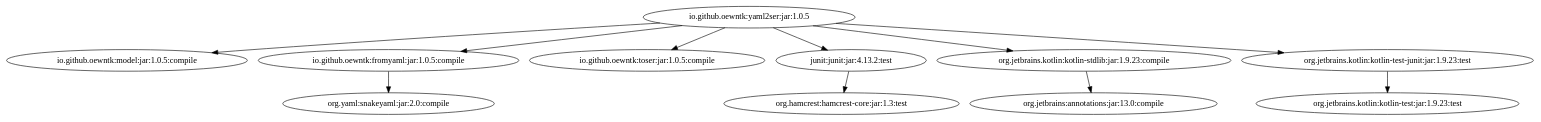
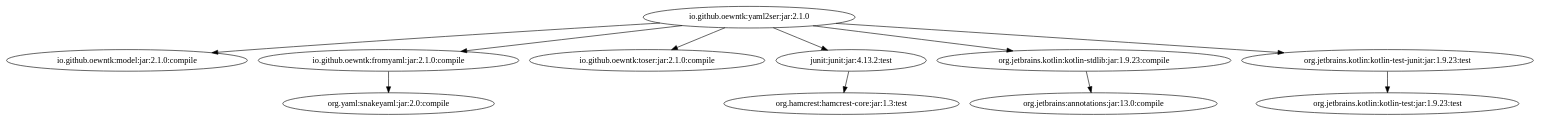
Before and after one commit to oewntk/grind_yaml2ser: the diagram in images/grind-yaml2ser.dot, drawn with Graphviz. The commit also changed 2 other files, not shown here.

```diff
--- a/images/grind-yaml2ser.dot
+++ b/images/grind-yaml2ser.dot
@@ -1,12 +1,12 @@
-digraph "io.github.oewntk:yaml2ser:jar:1.0.5" { 
-	"io.github.oewntk:yaml2ser:jar:1.0.5" -> "io.github.oewntk:model:jar:1.0.5:compile" ; 
-	"io.github.oewntk:yaml2ser:jar:1.0.5" -> "io.github.oewntk:fromyaml:jar:1.0.5:compile" ; 
-	"io.github.oewntk:yaml2ser:jar:1.0.5" -> "io.github.oewntk:toser:jar:1.0.5:compile" ; 
-	"io.github.oewntk:yaml2ser:jar:1.0.5" -> "junit:junit:jar:4.13.2:test" ; 
-	"io.github.oewntk:yaml2ser:jar:1.0.5" -> "org.jetbrains.kotlin:kotlin-stdlib:jar:1.9.23:compile" ; 
-	"io.github.oewntk:yaml2ser:jar:1.0.5" -> "org.jetbrains.kotlin:kotlin-test-junit:jar:1.9.23:test" ; 
-	"io.github.oewntk:fromyaml:jar:1.0.5:compile" -> "org.yaml:snakeyaml:jar:2.0:compile" ; 
+digraph "io.github.oewntk:yaml2ser:jar:2.1.0" { 
+	"io.github.oewntk:yaml2ser:jar:2.1.0" -> "io.github.oewntk:model:jar:2.1.0:compile" ; 
+	"io.github.oewntk:yaml2ser:jar:2.1.0" -> "io.github.oewntk:fromyaml:jar:2.1.0:compile" ; 
+	"io.github.oewntk:yaml2ser:jar:2.1.0" -> "io.github.oewntk:toser:jar:2.1.0:compile" ; 
+	"io.github.oewntk:yaml2ser:jar:2.1.0" -> "junit:junit:jar:4.13.2:test" ; 
+	"io.github.oewntk:yaml2ser:jar:2.1.0" -> "org.jetbrains.kotlin:kotlin-stdlib:jar:1.9.23:compile" ; 
+	"io.github.oewntk:yaml2ser:jar:2.1.0" -> "org.jetbrains.kotlin:kotlin-test-junit:jar:1.9.23:test" ; 
+	"io.github.oewntk:fromyaml:jar:2.1.0:compile" -> "org.yaml:snakeyaml:jar:2.0:compile" ; 
 	"junit:junit:jar:4.13.2:test" -> "org.hamcrest:hamcrest-core:jar:1.3:test" ; 
 	"org.jetbrains.kotlin:kotlin-stdlib:jar:1.9.23:compile" -> "org.jetbrains:annotations:jar:13.0:compile" ; 
 	"org.jetbrains.kotlin:kotlin-test-junit:jar:1.9.23:test" -> "org.jetbrains.kotlin:kotlin-test:jar:1.9.23:test" ; 
  } 
```
